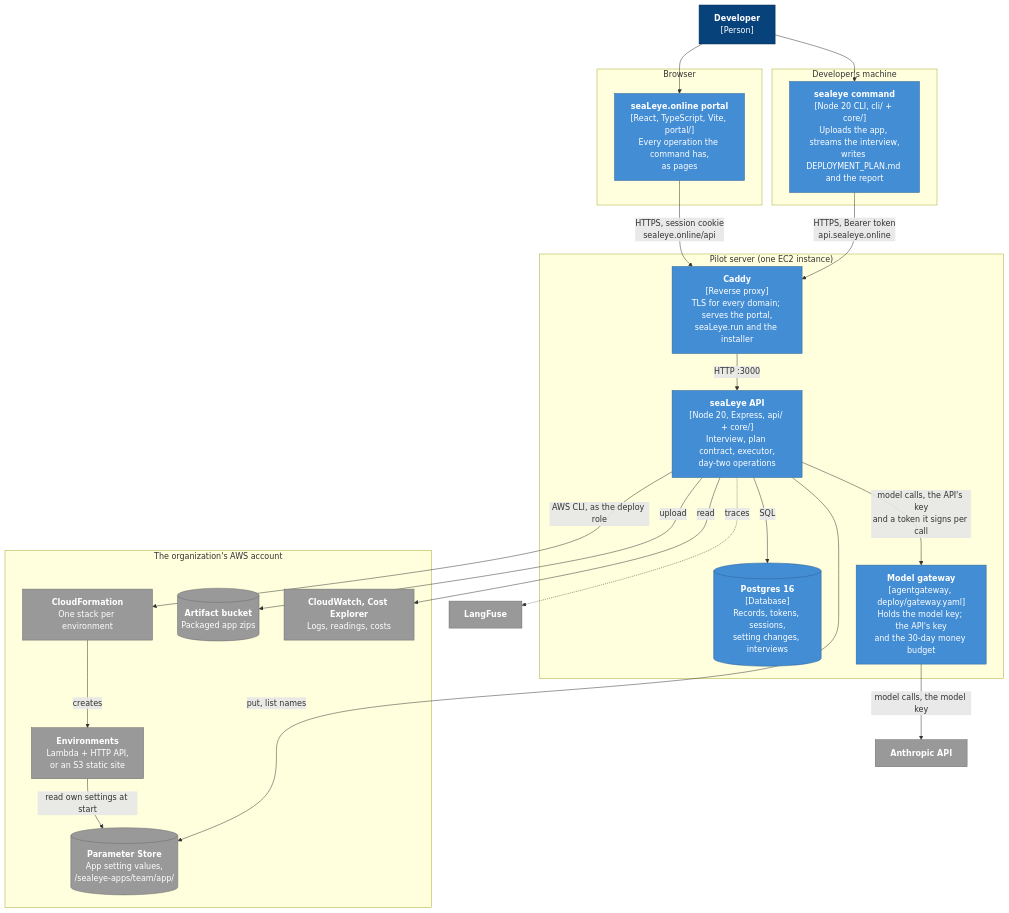
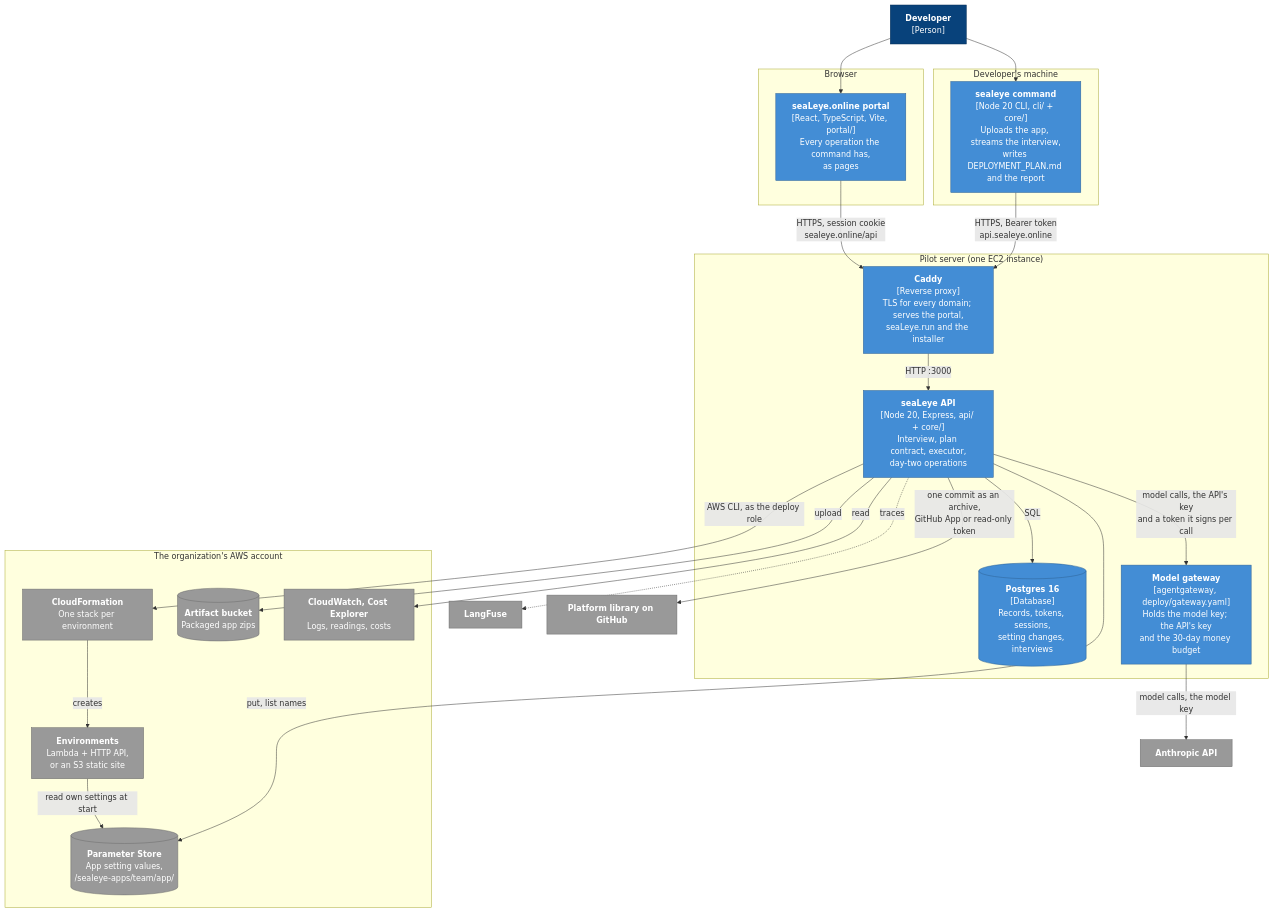
Before and after one commit to GregKliewer/sealeye: the second of 12 diagrams in docs/ARCHITECTURE.md, drawn with Mermaid. The commit also changed other lines of this file and 4 other files, not shown here.

````diff
--- a/docs/ARCHITECTURE.md
+++ b/docs/ARCHITECTURE.md
@@ -93,55 +95,57 @@
 ```mermaid
 flowchart TB
   dev["<b>Developer</b><br/>[Person]"]
 
   subgraph laptop["Developer's machine"]
     cli["<b>sealeye command</b><br/>[Node 20 CLI, cli/ + core/]<br/>Uploads the app, streams the interview,<br/>writes DEPLOYMENT_PLAN.md and the report"]
   end
 
   subgraph browser["Browser"]
     portal["<b>seaLeye.online portal</b><br/>[React, TypeScript, Vite, portal/]<br/>Every operation the command has,<br/>as pages"]
   end
 
   subgraph server["Pilot server (one EC2 instance)"]
     caddy["<b>Caddy</b><br/>[Reverse proxy]<br/>TLS for every domain; serves the portal,<br/>seaLeye.run and the installer"]
     api["<b>seaLeye API</b><br/>[Node 20, Express, api/ + core/]<br/>Interview, plan contract, executor,<br/>day-two operations"]
     pg[("<b>Postgres 16</b><br/>[Database]<br/>Records, tokens, sessions,<br/>setting changes, interviews")]
     gw["<b>Model gateway</b><br/>[agentgateway, deploy/gateway.yaml]<br/>Holds the model key; the API's key<br/>and the 30-day money budget"]
   end
 
   subgraph aws["The organization's AWS account"]
     cfn["<b>CloudFormation</b><br/>One stack per environment"]
     s3a[("<b>Artifact bucket</b><br/>Packaged app zips")]
     ssm[("<b>Parameter Store</b><br/>App setting values,<br/>/sealeye-apps/team/app/")]
     envs["<b>Environments</b><br/>Lambda + HTTP API,<br/>or an S3 static site"]
     cw["<b>CloudWatch, Cost Explorer</b><br/>Logs, readings, costs"]
   end
 
   anthropic["<b>Anthropic API</b>"]
   langfuse["<b>LangFuse</b>"]
+  libgh["<b>Platform library on GitHub</b>"]
 
   dev --> cli
   dev --> portal
   cli -- "HTTPS, Bearer token<br/>api.sealeye.online" --> caddy
   portal -- "HTTPS, session cookie<br/>sealeye.online/api" --> caddy
   caddy -- "HTTP :3000" --> api
   api -- "SQL" --> pg
   api -- "AWS CLI, as the deploy role" --> cfn
   api -- "upload" --> s3a
   api -- "put, list names" --> ssm
   api -- "read" --> cw
   cfn -- "creates" --> envs
   envs -- "read own settings at start" --> ssm
   api -- "model calls, the API's key<br/>and a token it signs per call" --> gw
   gw -- "model calls, the model key" --> anthropic
   api -. "traces" .-> langfuse
+  api -- "one commit as an archive,<br/>GitHub App or read-only token" --> libgh
 
   classDef person fill:#08427b,stroke:#052e56,color:#fff
   classDef container fill:#438dd5,stroke:#2e6295,color:#fff
   classDef store fill:#438dd5,stroke:#2e6295,color:#fff
   classDef external fill:#999,stroke:#6b6b6b,color:#fff
   class dev person
   class cli,portal,caddy,api,gw container
   class pg store
-  class cfn,s3a,ssm,envs,cw,anthropic,langfuse external
+  class cfn,s3a,ssm,envs,cw,anthropic,langfuse,libgh external
 ```
````
